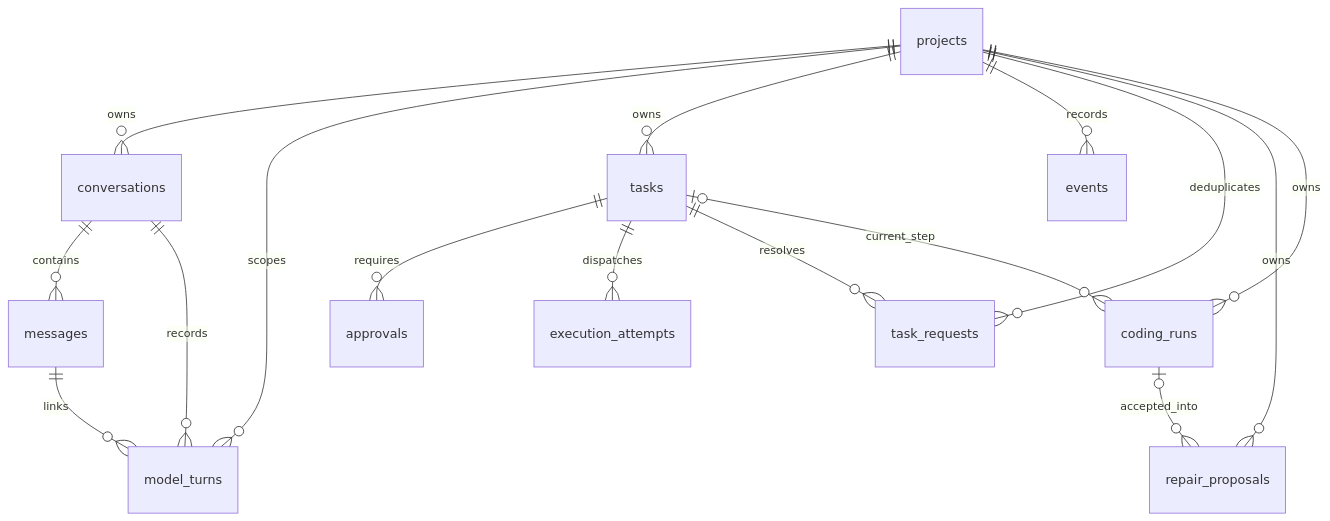
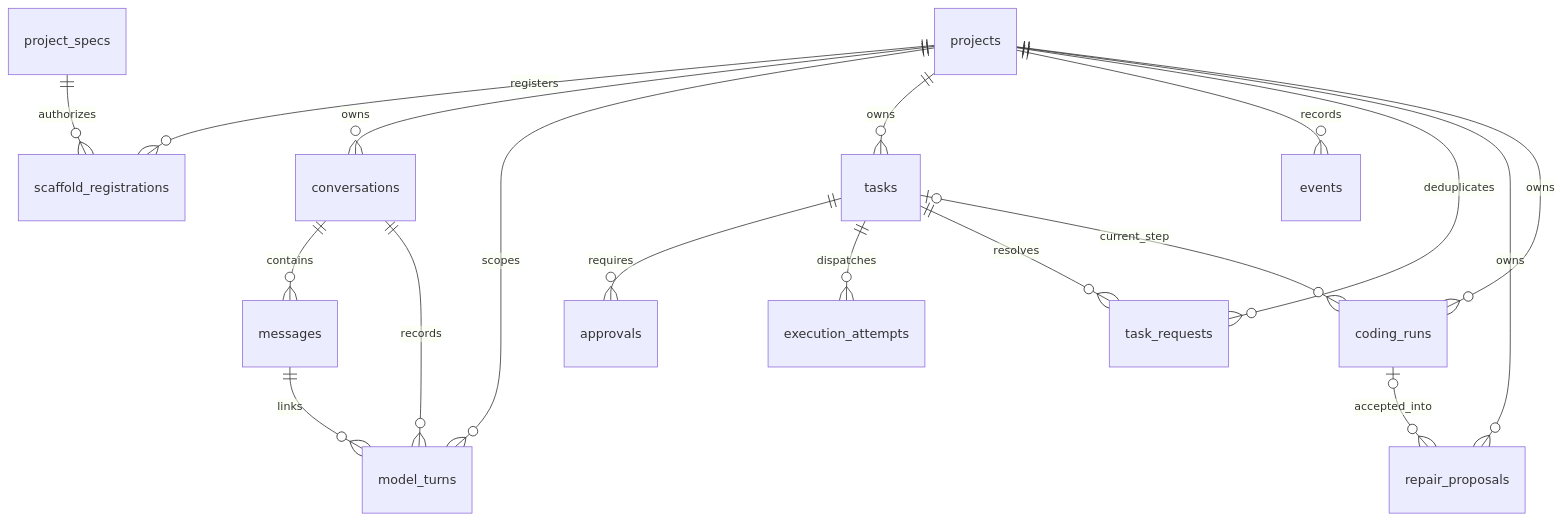
The second of 3 diagrams in docs/ARCHITECTURE.md (SkyraTech/skyra-jarvis), drawn with Mermaid before and after one commit. The commit also changed other lines of this file and 63 other files, not shown here.

````diff
--- a/docs/ARCHITECTURE.md
+++ b/docs/ARCHITECTURE.md
@@ -49,18 +49,20 @@
 ```mermaid
 erDiagram
+  projects ||--o{ scaffold_registrations : registers
+  project_specs ||--o{ scaffold_registrations : authorizes
   projects ||--o{ conversations : owns
   conversations ||--o{ messages : contains
   conversations ||--o{ model_turns : records
   projects ||--o{ model_turns : scopes
   messages ||--o{ model_turns : links
   projects ||--o{ tasks : owns
   tasks ||--o{ approvals : requires
   tasks ||--o{ execution_attempts : dispatches
   projects ||--o{ events : records
   projects ||--o{ task_requests : deduplicates
   tasks ||--o{ task_requests : resolves
   projects ||--o{ repair_proposals : owns
   coding_runs |o--o{ repair_proposals : accepted_into
   projects ||--o{ coding_runs : owns
   tasks |o--o{ coding_runs : current_step
 ```
````
